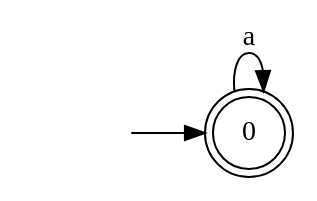
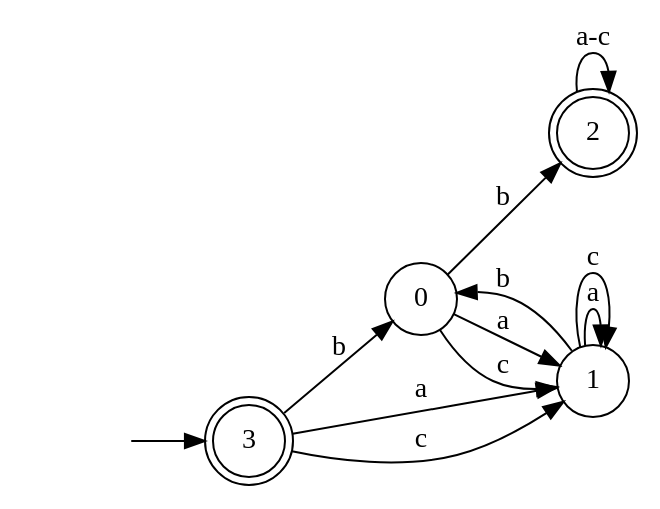
One commit to Faymiaouent/Automa4U changed the diagram in dotfiles/frdfa8.dot. Above: the diagram before and after it, drawn with Graphviz. The commit also changed 100 other files, not shown here.

```diff
--- a/dotfiles/frdfa8.dot
+++ b/dotfiles/frdfa8.dot
@@ -1,7 +1,19 @@
 digraph Automaton {
   rankdir = LR;
-0 [shape=doublecircle]; 
+node [shape=circle];
+  0 -> 1 [label="a"];
+  0 -> 2 [label="b"];
+  0 -> 1 [label="c"];
+node [shape=circle];
+  1 -> 1 [label="a"];
+  1 -> 0 [label="b"];
+  1 -> 1 [label="c"];
+2 [shape=doublecircle]; 
+  2 -> 2 [label="a-c"];
+3 [shape=doublecircle]; 
   initial [shape=plaintext,label=""];
-  initial -> 0
-  0 -> 0 [label="a"];
+  initial -> 3
+  3 -> 1 [label="a"];
+  3 -> 0 [label="b"];
+  3 -> 1 [label="c"];
 }
```
